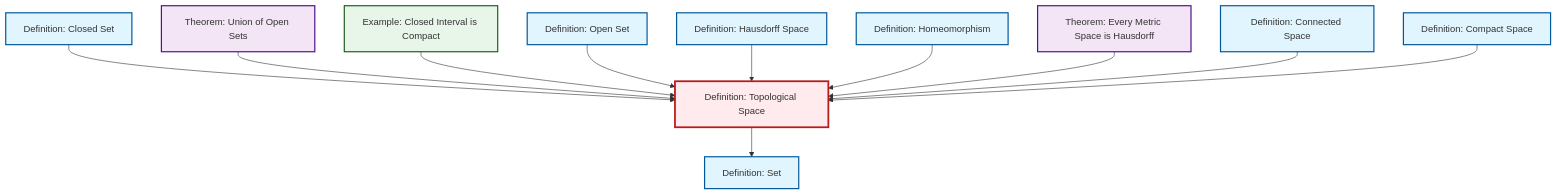
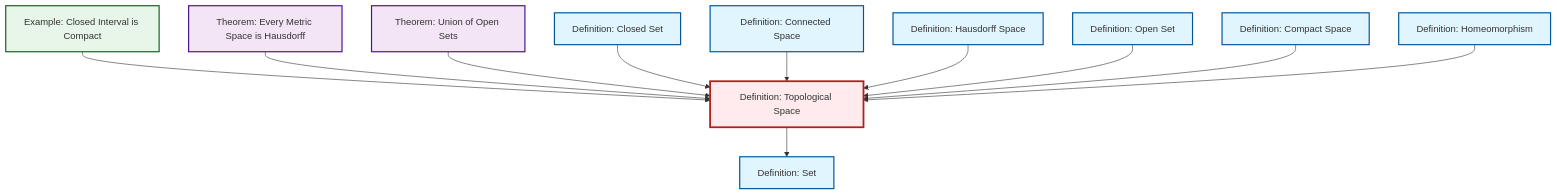
Before and after one commit to RK0429/ModernMath: the diagram in content/ja/topology/def-topological-space.qmd, drawn with Mermaid. The commit also changed other lines of this file and 497 other files, not shown here.

````diff
--- a/content/ja/topology/def-topological-space.qmd
+++ b/content/ja/topology/def-topological-space.qmd
@@ -60,41 +60,41 @@
 ```{mermaid}
 %%| fig-cap: "Local dependency graph"
 graph TD
     classDef definition fill:#e1f5fe,stroke:#01579b,stroke-width:2px
     classDef theorem fill:#f3e5f5,stroke:#4a148c,stroke-width:2px
     classDef axiom fill:#fff3e0,stroke:#e65100,stroke-width:2px
     classDef example fill:#e8f5e9,stroke:#1b5e20,stroke-width:2px
     classDef current fill:#ffebee,stroke:#b71c1c,stroke-width:3px
-    thm-metric-hausdorff["Theorem: Every Metric Space is Hausdorff"]:::theorem
-    def-open-set["Definition: Open Set"]:::definition
-    def-topological-space["Definition: Topological Space"]:::definition
-    def-closed-set["Definition: Closed Set"]:::definition
     def-hausdorff["Definition: Hausdorff Space"]:::definition
     def-compact["Definition: Compact Space"]:::definition
-    def-homeomorphism["Definition: Homeomorphism"]:::definition
-    def-connected["Definition: Connected Space"]:::definition
     def-set["Definition: Set"]:::definition
     ex-closed-interval-compact["Example: Closed Interval is Compact"]:::example
+    def-homeomorphism["Definition: Homeomorphism"]:::definition
+    def-closed-set["Definition: Closed Set"]:::definition
+    thm-metric-hausdorff["Theorem: Every Metric Space is Hausdorff"]:::theorem
+    def-topological-space["Definition: Topological Space"]:::definition
     thm-union-open-sets["Theorem: Union of Open Sets"]:::theorem
+    def-connected["Definition: Connected Space"]:::definition
+    def-open-set["Definition: Open Set"]:::definition
+    def-topological-space --> def-set
+    ex-closed-interval-compact --> def-topological-space
+    thm-metric-hausdorff --> def-topological-space
+    thm-union-open-sets --> def-topological-space
     def-closed-set --> def-topological-space
-    def-topological-space --> def-set
-    thm-union-open-sets --> def-topological-space
-    ex-closed-interval-compact --> def-topological-space
+    def-connected --> def-topological-space
+    def-hausdorff --> def-topological-space
     def-open-set --> def-topological-space
-    def-hausdorff --> def-topological-space
+    def-compact --> def-topological-space
     def-homeomorphism --> def-topological-space
-    thm-metric-hausdorff --> def-topological-space
-    def-connected --> def-topological-space
-    def-compact --> def-topological-space
     class def-topological-space current
-    click thm-metric-hausdorff "thm-metric-hausdorff.html" "Theorem: Every Metric Space is Hausdorffへ"
-    click def-open-set "def-open-set.html" "Definition: Open Setへ"
-    click def-closed-set "def-closed-set.html" "Definition: Closed Setへ"
     click def-hausdorff "def-hausdorff.html" "Definition: Hausdorff Spaceへ"
     click def-compact "def-compact.html" "Definition: Compact Spaceへ"
-    click def-homeomorphism "def-homeomorphism.html" "Definition: Homeomorphismへ"
-    click def-connected "def-connected.html" "Definition: Connected Spaceへ"
     click def-set "def-set.html" "Definition: Setへ"
     click ex-closed-interval-compact "ex-closed-interval-compact.html" "Example: Closed Interval is Compactへ"
+    click def-homeomorphism "def-homeomorphism.html" "Definition: Homeomorphismへ"
+    click def-closed-set "def-closed-set.html" "Definition: Closed Setへ"
+    click thm-metric-hausdorff "thm-metric-hausdorff.html" "Theorem: Every Metric Space is Hausdorffへ"
     click thm-union-open-sets "thm-union-open-sets.html" "Theorem: Union of Open Setsへ"
+    click def-connected "def-connected.html" "Definition: Connected Spaceへ"
+    click def-open-set "def-open-set.html" "Definition: Open Setへ"
 ```
````
